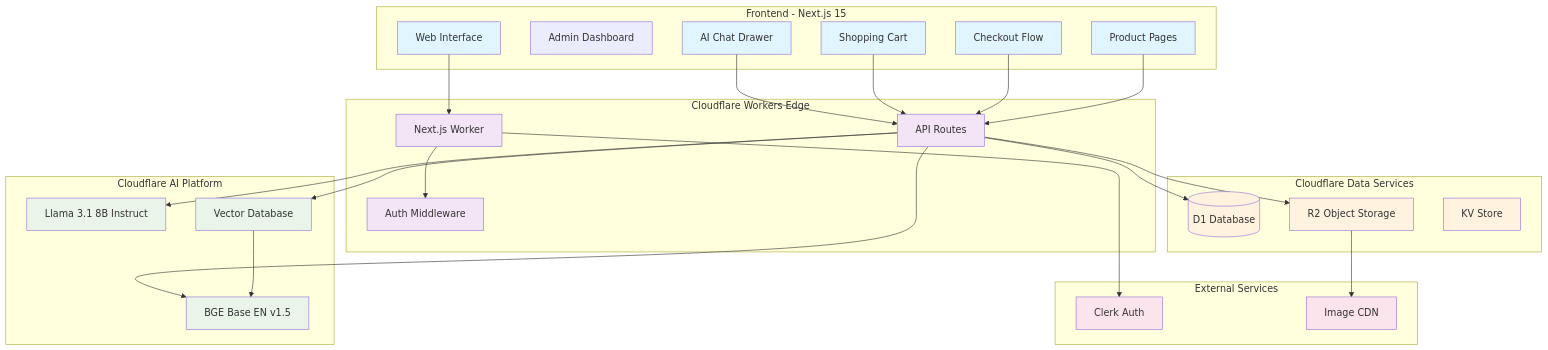
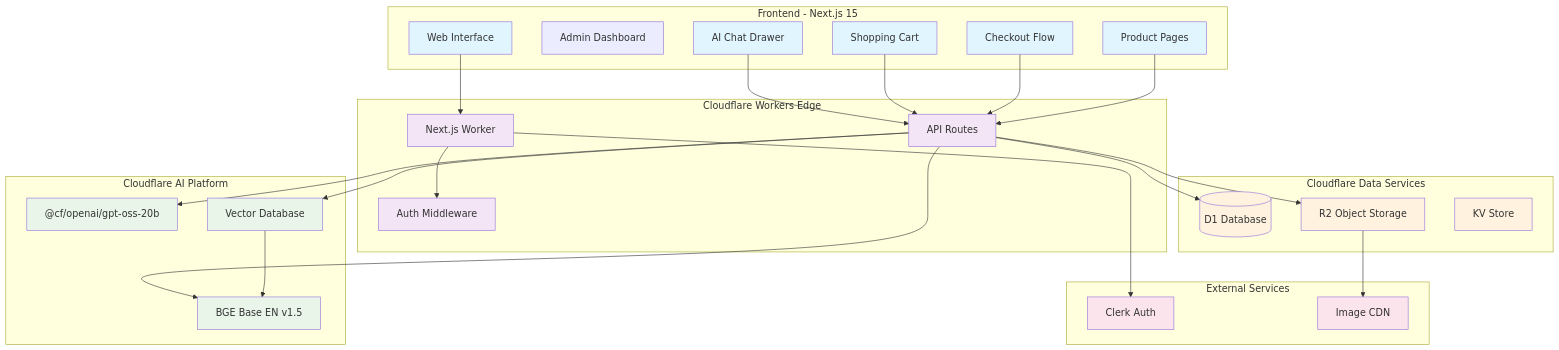
Before and after one commit to russellkmoore/mercora: the first of 7 diagrams in docs/architecture.md, drawn with Mermaid. The commit also changed other lines of this file and 2 other files, not shown here.

First line of the commit message:
docs(04-04): label the historical mobile and schema material and name the current model

````diff
--- a/docs/architecture.md
+++ b/docs/architecture.md
@@ -7,70 +7,70 @@
 ```mermaid
 graph TB
     %% User Interface Layer
     subgraph "Frontend - Next.js 15"
         UI[Web Interface]
         Admin[Admin Dashboard]
         Chat[AI Chat Drawer]
         Cart[Shopping Cart]
         Checkout[Checkout Flow]
         Products[Product Pages]
     end
 
     %% Edge Computing Layer
     subgraph "Cloudflare Workers Edge"
         Worker[Next.js Worker]
         Routes[API Routes]
         Middleware[Auth Middleware]
     end
 
     %% AI Services Layer
     subgraph "Cloudflare AI Platform"
-        LLM[Llama 3.1 8B Instruct]
+        LLM["@cf/openai/gpt-oss-20b"]
         Embeddings[BGE Base EN v1.5]
         Vectorize[Vector Database]
     end
 
     %% Data Layer
     subgraph "Cloudflare Data Services"
         D1[(D1 Database)]
         R2[R2 Object Storage]
         KV[KV Store]
     end
 
     %% External Services
     subgraph "External Services"
         Clerk[Clerk Auth]
         Images[Image CDN]
     end
 
     %% Connections
     UI --> Worker
     Chat --> Routes
     Cart --> Routes
     Checkout --> Routes
     Products --> Routes
 
     Routes --> LLM
     Routes --> Embeddings
     Routes --> Vectorize
     Routes --> D1
     Routes --> R2
 
     Worker --> Clerk
     Worker --> Middleware
 
     R2 --> Images
     Vectorize --> Embeddings
 
     classDef frontend fill:#e1f5fe
     classDef edge fill:#f3e5f5
     classDef ai fill:#e8f5e8
     classDef data fill:#fff3e0
     classDef external fill:#fce4ec
 
     class UI,Chat,Cart,Checkout,Products frontend
     class Worker,Routes,Middleware edge
     class LLM,Embeddings,Vectorize ai
     class D1,R2,KV data
     class Clerk,Images external
 ```
````
